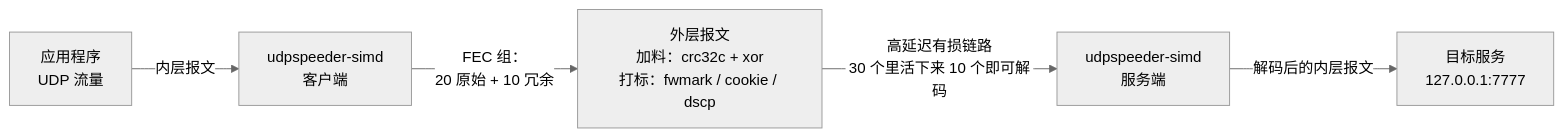
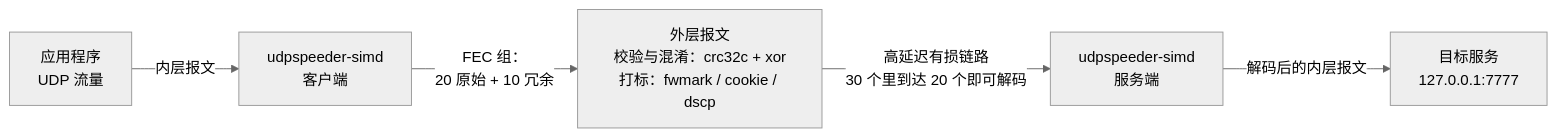
One commit to connollydavid/UDPspeeder-simd changed the first of 3 diagrams in doc/README.zh-cn.md. Above: the diagram before and after it, drawn with Mermaid (neutral theme). The commit also changed other lines of this file and 3 other files, not shown here.

````diff
--- a/doc/README.zh-cn.md
+++ b/doc/README.zh-cn.md
@@ -9,7 +9,7 @@
 ```mermaid
 flowchart LR
     APP["应用程序<br/>UDP 流量"] -->|"内层报文"| C["udpspeeder-simd<br/>客户端"]
-    C -->|"FEC 组：<br/>20 原始 + 10 冗余"| P["外层报文<br/>加料：crc32c + xor<br/>打标：fwmark / cookie / dscp"]
-    P -->|"高延迟有损链路<br/>30 个里活下来 10 个即可解码"| S["udpspeeder-simd<br/>服务端"]
+    C -->|"FEC 组：<br/>20 原始 + 10 冗余"| P["外层报文<br/>校验与混淆：crc32c + xor<br/>打标：fwmark / cookie / dscp"]
+    P -->|"高延迟有损链路<br/>30 个里到达 20 个即可解码"| S["udpspeeder-simd<br/>服务端"]
     S -->|"解码后的内层报文"| T["目标服务<br/>127.0.0.1:7777"]
 ```
````
